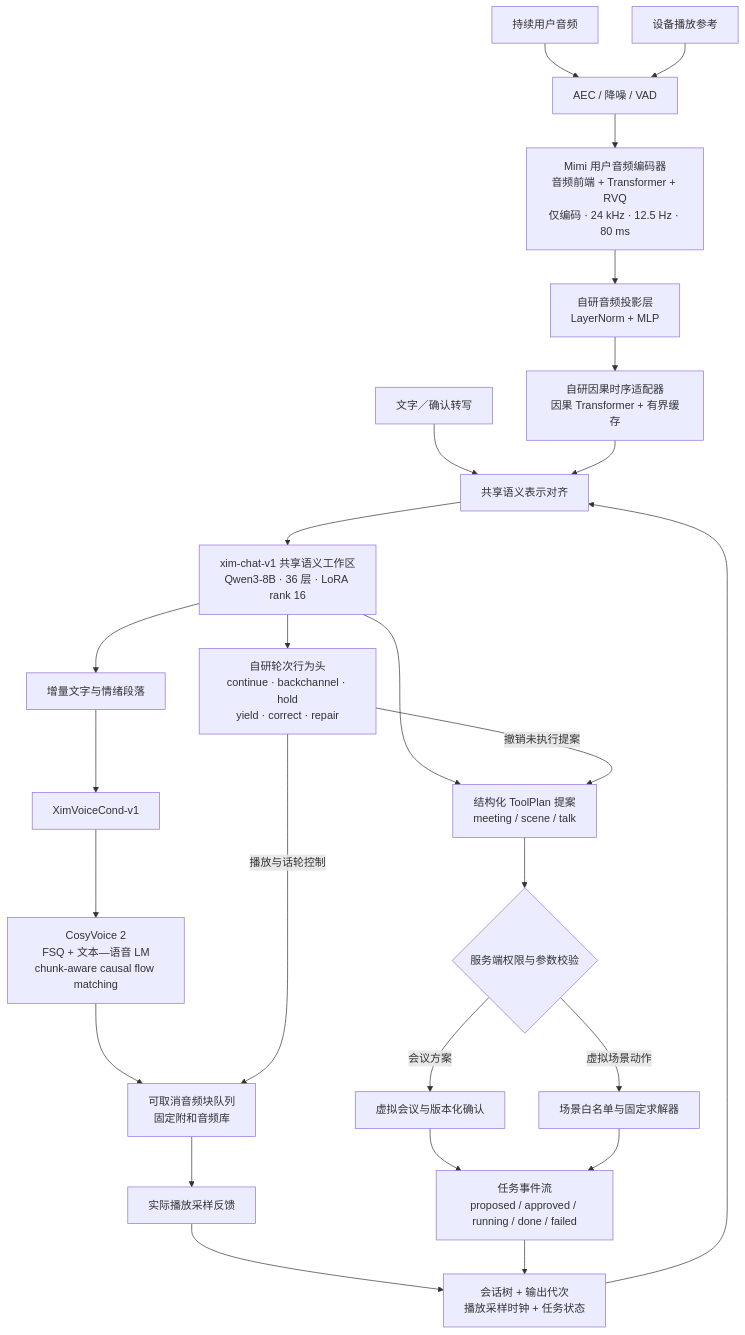
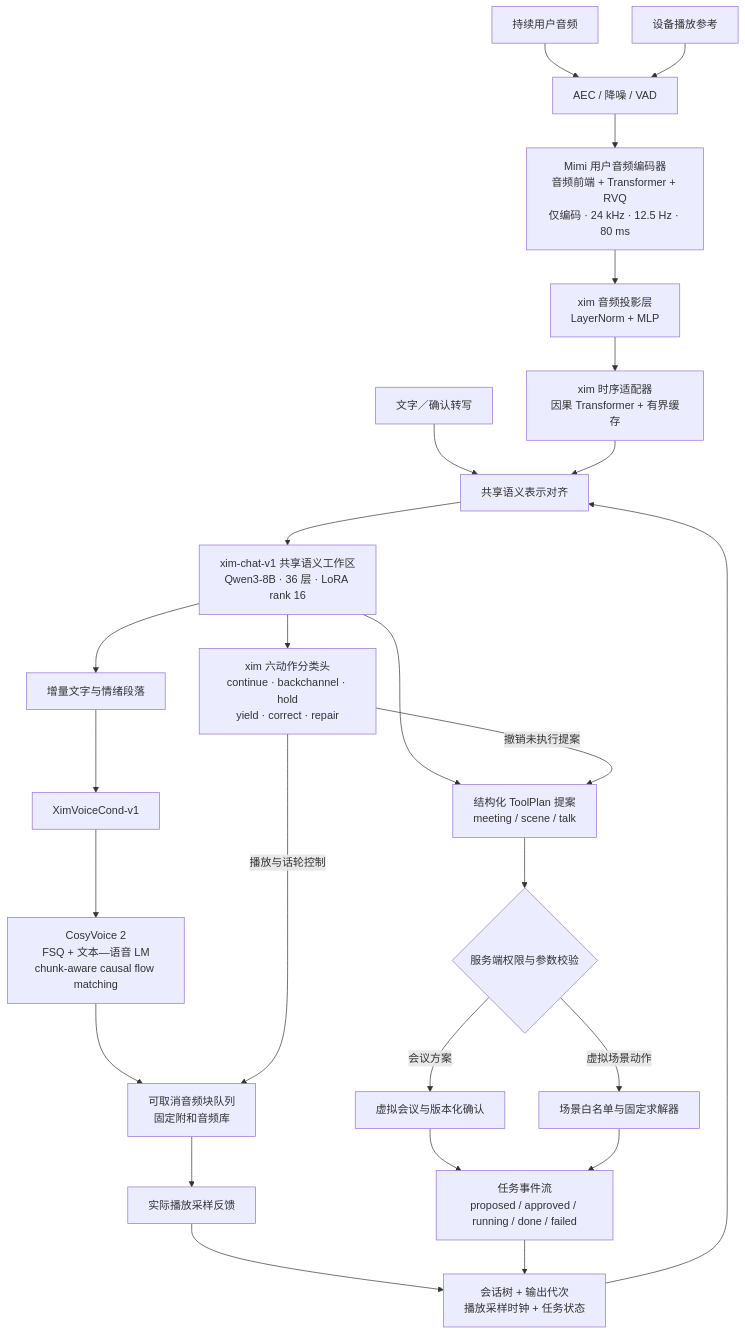
Before and after one commit to wuki-creator/Xim-duplex: the second of 2 diagrams in docs/VOICE_TASK_PIPELINE.md, drawn with Mermaid. The commit also changed other lines of this file and 21 other files, not shown here.

````diff
--- a/docs/VOICE_TASK_PIPELINE.md
+++ b/docs/VOICE_TASK_PIPELINE.md
@@ -171,29 +171,29 @@
 ```mermaid
 flowchart TD
     AUDIO[持续用户音频] --> AEC[AEC / 降噪 / VAD]
     REF[设备播放参考] --> AEC
     AEC --> MIMI[Mimi 用户音频编码器<br/>音频前端 + Transformer + RVQ<br/>仅编码 · 24 kHz · 12.5 Hz · 80 ms]
-    MIMI --> PROJ[自研音频投影层<br/>LayerNorm + MLP]
-    PROJ --> ADAPTER[自研因果时序适配器<br/>因果 Transformer + 有界缓存]
+    MIMI --> PROJ[xim 音频投影层<br/>LayerNorm + MLP]
+    PROJ --> ADAPTER[xim 时序适配器<br/>因果 Transformer + 有界缓存]
     TEXT[文字／确认转写] --> ALIGN[共享语义表示对齐]
     ADAPTER --> ALIGN
     STATE[会话树 + 输出代次<br/>播放采样时钟 + 任务状态] --> ALIGN
     ALIGN --> XIM[xim-chat-v1 共享语义工作区<br/>Qwen3-8B · 36 层 · LoRA rank 16]
-    XIM --> POLICY[自研轮次行为头<br/>continue · backchannel · hold<br/>yield · correct · repair]
+    XIM --> POLICY[xim 六动作分类头<br/>continue · backchannel · hold<br/>yield · correct · repair]
     XIM --> CHAT[增量文字与情绪段落]
     CHAT --> VPROJ[XimVoiceCond-v1]
     VPROJ --> CV2[CosyVoice 2<br/>FSQ + 文本—语音 LM<br/>chunk-aware causal flow matching]
     CV2 --> PLAY[可取消音频块队列<br/>固定附和音频库]
     PLAY --> SAMPLES[实际播放采样反馈]
     SAMPLES --> STATE
     POLICY -->|播放与话轮控制| PLAY
 
     XIM --> TOOLPLAN[结构化 ToolPlan 提案<br/>meeting / scene / talk]
     TOOLPLAN --> POLICYCHECK{服务端权限与参数校验}
     POLICYCHECK -->|会议方案| MROOM[虚拟会议与版本化确认]
     POLICYCHECK -->|虚拟场景动作| MSCENE[场景白名单与固定求解器]
     MROOM --> EVENTS[任务事件流<br/>proposed / approved / running / done / failed]
     MSCENE --> EVENTS
     EVENTS --> STATE
     POLICY -->|撤销未执行提案| TOOLPLAN
 ```
````
